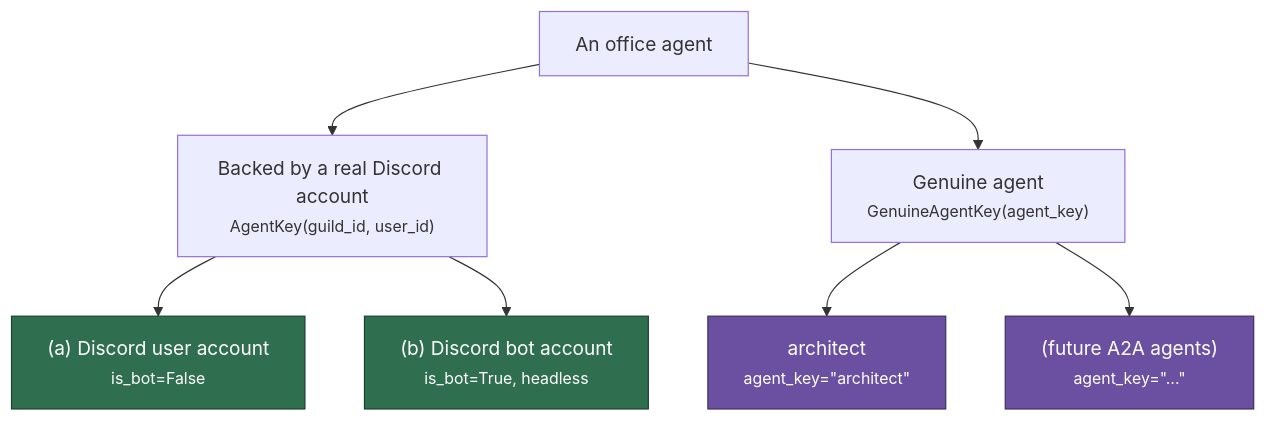
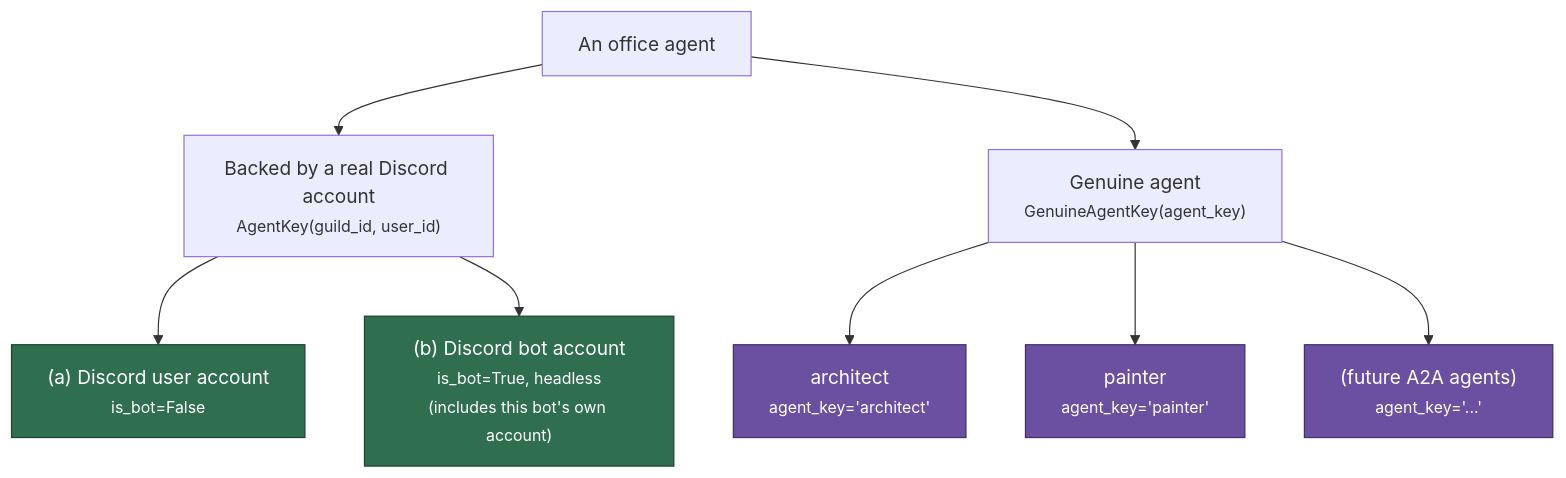
The second of 4 diagrams in docs/office-agent-identity-design.md (pixel-agents-hq/pixel-agents-cogs), drawn with Mermaid before and after one commit. The commit also changed other lines of this file and 39 other files, not shown here.

````diff
--- a/docs/office-agent-identity-design.md
+++ b/docs/office-agent-identity-design.md
@@ -103,18 +105,19 @@
 ```mermaid
 flowchart TB
     classDef discordish fill:#2f6f4f,stroke:#1c4230,color:#fff
     classDef genuine fill:#6b4fa0,stroke:#402f60,color:#fff
 
     Root["An office agent"]
     Root --> Discord["Backed by a real Discord account<br/><small>AgentKey(guild_id, user_id)</small>"]
     Root --> Genuine["Genuine agent<br/><small>GenuineAgentKey(agent_key)</small>"]
 
     Discord --> Human["(a) Discord user account<br/><small>is_bot=False</small>"]
-    Discord --> Bot["(b) Discord bot account<br/><small>is_bot=True, headless</small>"]
+    Discord --> Bot["(b) Discord bot account<br/><small>is_bot=True, headless<br/>(includes this bot's own account)</small>"]
 
-    Genuine --> Architect["architect<br/><small>agent_key=&quot;architect&quot;</small>"]
-    Genuine --> More["(future A2A agents)<br/><small>agent_key=&quot;...&quot;</small>"]
+    Genuine --> Architect["architect<br/><small>agent_key='architect'</small>"]
+    Genuine --> Painter["painter<br/><small>agent_key='painter'</small>"]
+    Genuine --> More["(future A2A agents)<br/><small>agent_key='...'</small>"]
 
     class Human,Bot discordish
-    class Architect,More genuine
+    class Architect,Painter,More genuine
 ```
````
